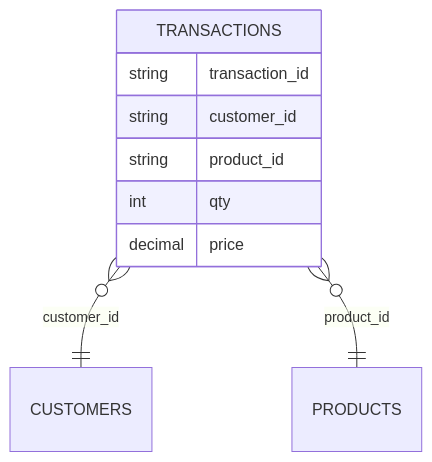
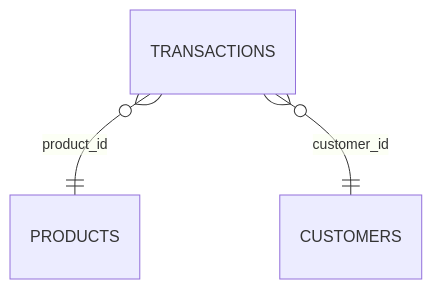
One commit to sandeep-uptute/apache-spark-training-docs changed the diagram in 05-joins-and-parquet/README.md. Above: the diagram before and after it, drawn with Mermaid. The commit also changed other lines of this file and 24 other files, not shown here.

````diff
--- a/05-joins-and-parquet/README.md
+++ b/05-joins-and-parquet/README.md
@@ -11,12 +11,5 @@
 ```mermaid
 erDiagram
+  TRANSACTIONS }o--|| PRODUCTS : product_id
   TRANSACTIONS }o--|| CUSTOMERS : customer_id
-  TRANSACTIONS }o--|| PRODUCTS : product_id
-  TRANSACTIONS {
-    string transaction_id
-    string customer_id
-    string product_id
-    int qty
-    decimal price
-  }
 ```
````
